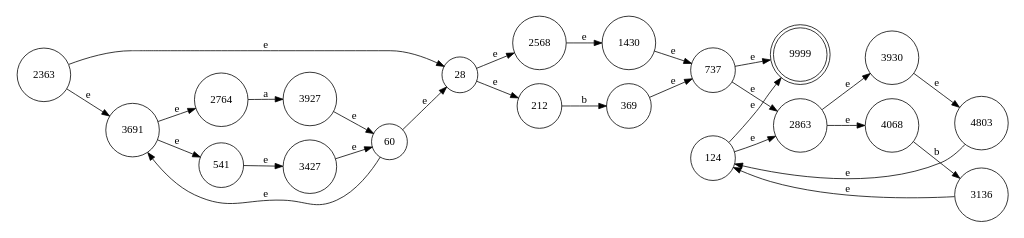
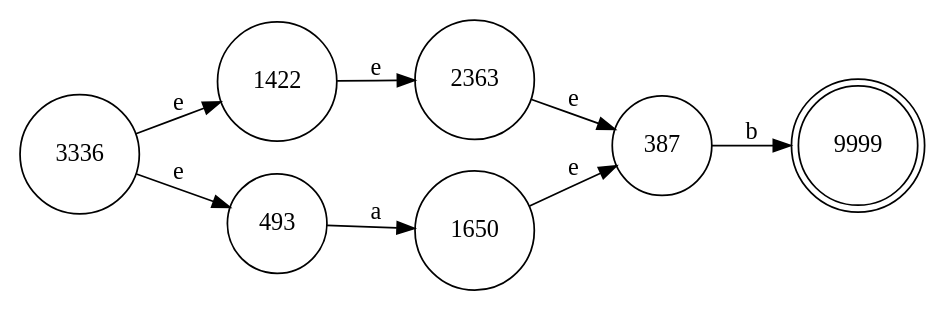
The diagram in thompson.gv (paulbelches/scannerAndParserGenerator), drawn with Graphviz before and after one commit. The commit also changed 10 other files, not shown here.

```diff
--- a/thompson.gv
+++ b/thompson.gv
@@ -1,58 +1,20 @@
 digraph finite_state_machine {
 	rankdir=LR size="8,5"
 	node [shape=doublecircle]
 	9999
 	node [shape=circle]
-	124 -> 2863 [label=e
+	1422 -> 2363 [label=e
 ]
-	124 -> 9999 [label=e
+	1650 -> 387 [label=e
 ]
-	1430 -> 737 [label=e
+	2363 -> 387 [label=e
 ]
-	212 -> 369 [label=b
+	3336 -> 1422 [label=e
 ]
-	2363 -> 28 [label=e
+	3336 -> 493 [label=e
 ]
-	2363 -> 3691 [label=e
+	387 -> 9999 [label=b
 ]
-	2568 -> 1430 [label=e
-]
-	2764 -> 3927 [label=a
-]
-	28 -> 212 [label=e
-]
-	28 -> 2568 [label=e
-]
-	2863 -> 3930 [label=e
-]
-	2863 -> 4068 [label=e
-]
-	3136 -> 124 [label=e
-]
-	3427 -> 60 [label=e
-]
-	369 -> 737 [label=e
-]
-	3691 -> 2764 [label=e
-]
-	3691 -> 541 [label=e
-]
-	3927 -> 60 [label=e
-]
-	3930 -> 4803 [label=e
-]
-	4068 -> 3136 [label=b
-]
-	4803 -> 124 [label=e
-]
-	541 -> 3427 [label=e
-]
-	60 -> 28 [label=e
-]
-	60 -> 3691 [label=e
-]
-	737 -> 2863 [label=e
-]
-	737 -> 9999 [label=e
+	493 -> 1650 [label=a
 ]
 }
```
